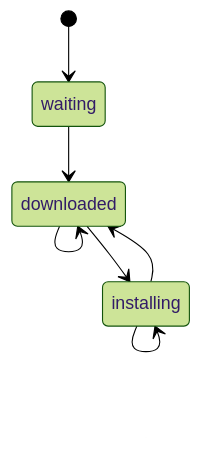
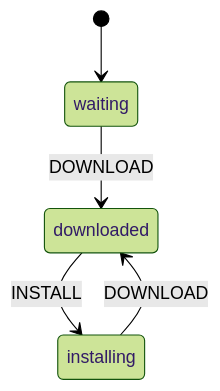
Before and after one commit to kody-hq/kody: diagram 50 of 52 in docs/contributing/state-machines.md, drawn with Mermaid (forest theme). The commit also changed other lines of this file and 6 other files, not shown here.

````diff
--- a/docs/contributing/state-machines.md
+++ b/docs/contributing/state-machines.md
@@ -1813,9 +1813,7 @@
 ```mermaid
 stateDiagram-v2
     [*] --> waiting
-    waiting --> downloaded
-    downloaded --> downloaded
-    downloaded --> installing
-    installing --> downloaded
-    installing --> installing
+    waiting --> downloaded: DOWNLOAD
+    downloaded --> installing: INSTALL
+    installing --> downloaded: DOWNLOAD
 ```
````
